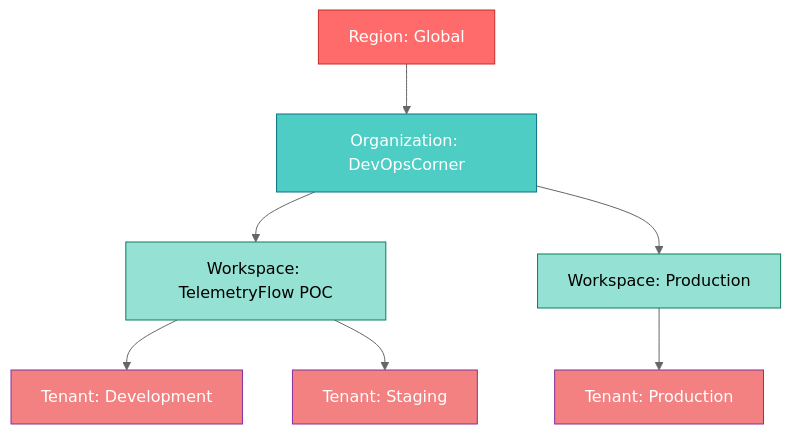
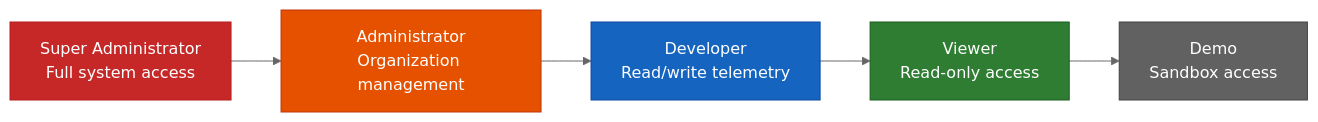
One commit to telemetryflow/.github changed the tenth of 17 diagrams in README.md. Above: the diagram before and after it, drawn with Mermaid (neutral theme). The commit also changed other lines of this file and 1 other file, not shown here.

Commit message:
feat: Update TelemetryFlow Platform v1.4.0

````diff
--- a/README.md
+++ b/README.md
@@ -151,17 +554,16 @@
 ```mermaid
-graph TD
-    A[Region: Global] --> B[Organization: DevOpsCorner]
-    B --> C[Workspace: TelemetryFlow POC]
-    B --> D[Workspace: Production]
-    C --> E[Tenant: Development]
-    C --> F[Tenant: Staging]
-    D --> G[Tenant: Production]
+graph LR
+    SA["Super Administrator<br/>Full system access"]
+    ADM["Administrator<br/>Organization management"]
+    DEV["Developer<br/>Read/write telemetry"]
+    VWR["Viewer<br/>Read-only access"]
+    DEMO["Demo<br/>Sandbox access"]
 
-    style A fill:#ff6b6b,stroke:#c92a2a,color:#fff
-    style B fill:#4ecdc4,stroke:#0b7285,color:#fff
-    style C fill:#95e1d3,stroke:#087f5b,color:#000
-    style D fill:#95e1d3,stroke:#087f5b,color:#000
-    style E fill:#f38181,stroke:#862e9c,color:#fff
-    style F fill:#f38181,stroke:#862e9c,color:#fff
-    style G fill:#f38181,stroke:#862e9c,color:#fff
+    SA --> ADM --> DEV --> VWR --> DEMO
+
+    style SA fill:#c62828,stroke:#b71c1c,color:#fff
+    style ADM fill:#e65100,stroke:#bf360c,color:#fff
+    style DEV fill:#1565c0,stroke:#0d47a1,color:#fff
+    style VWR fill:#2e7d32,stroke:#1b5e20,color:#fff
+    style DEMO fill:#616161,stroke:#424242,color:#fff
 ```
````
